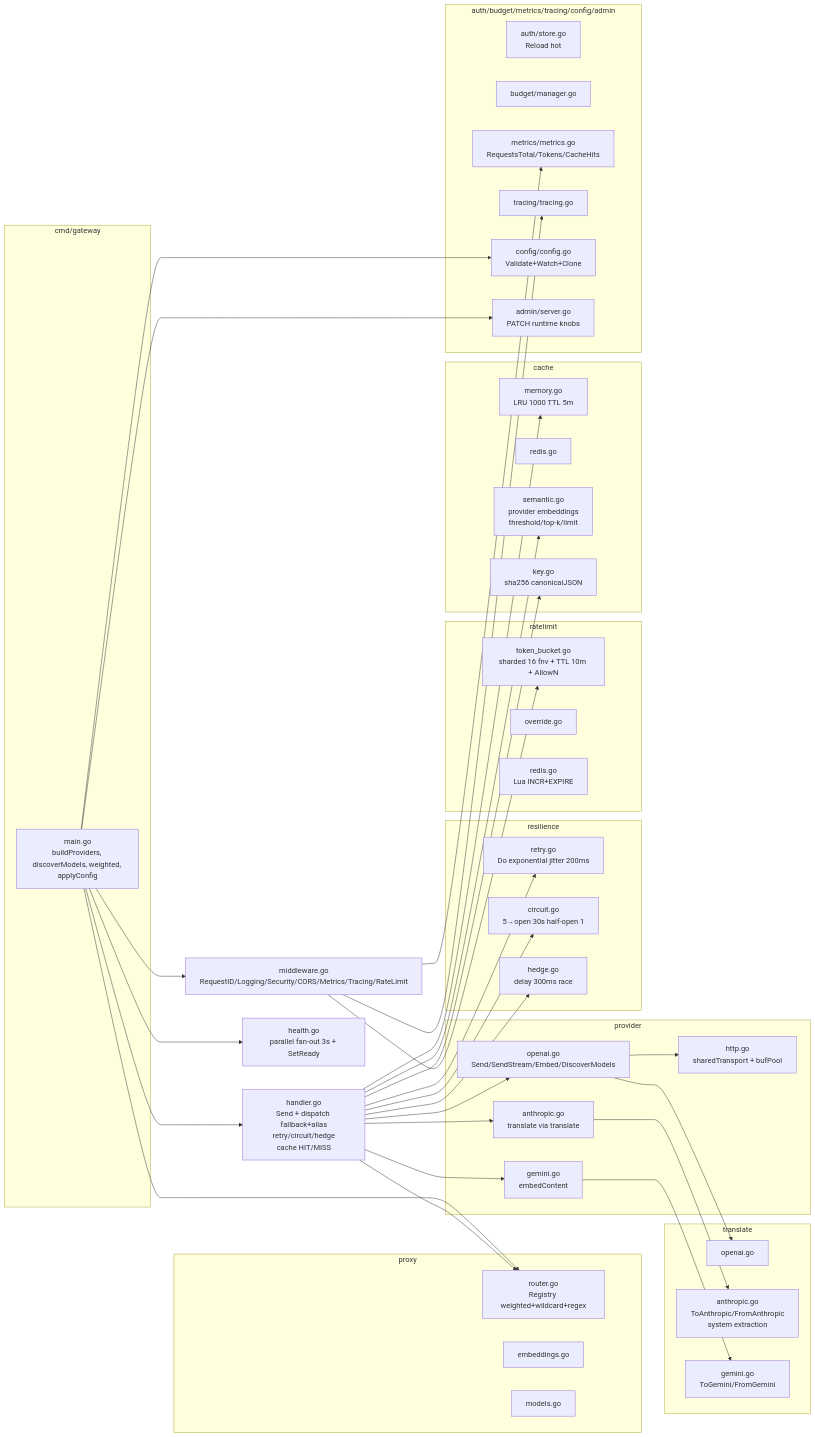
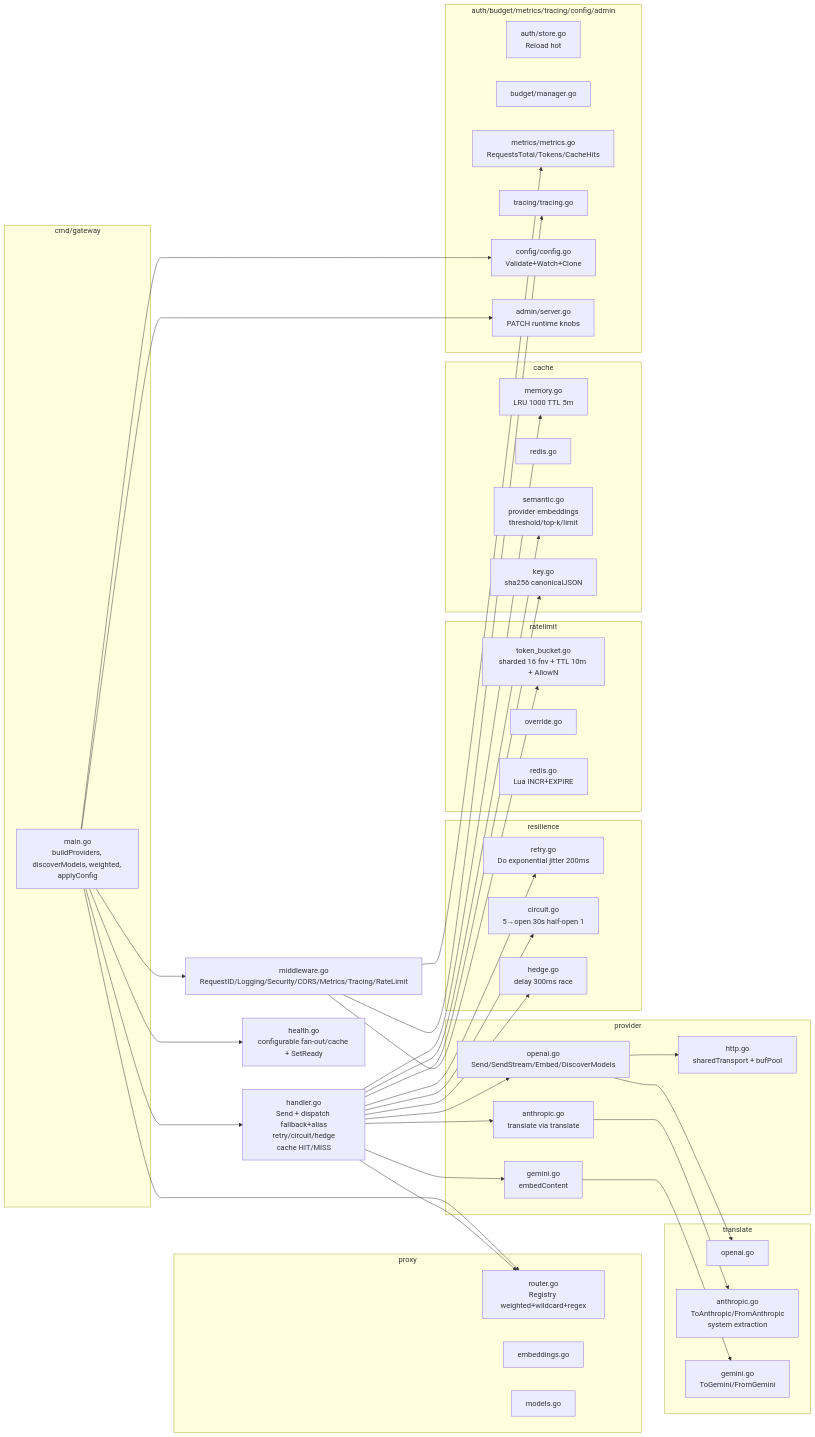
Before and after one commit to Francisco-cor/LLM-API-Gateway: the third of 4 diagrams in docs/ARCHITECTURE.md, drawn with Mermaid. The commit also changed other lines of this file and 2 other files, not shown here.

Commit message:
docs: document expanded contract and health settings

````diff
--- a/docs/ARCHITECTURE.md
+++ b/docs/ARCHITECTURE.md
@@ -76,59 +76,59 @@
 ```mermaid
 flowchart LR
     subgraph cmd/gateway
         Main[main.go<br>buildProviders, discoverModels, weighted, applyConfig]
     end
     subgraph proxy
         Handler[handler.go<br>Send + dispatch fallback+alias<br>retry/circuit/hedge<br>cache HIT/MISS]
         Router[router.go<br>Registry weighted+wildcard+regex]
         Embed[embeddings.go]
         Models[models.go]
-        Health[health.go<br>parallel fan-out 3s + SetReady]
+        Health[health.go<br>configurable fan-out/cache + SetReady]
         MW[middleware.go<br>RequestID/Logging/Security/CORS/Metrics/Tracing/RateLimit]
     end
     subgraph provider
         POpenAI[openai.go<br>Send/SendStream/Embed/DiscoverModels]
         PAnthropic[anthropic.go<br>translate via translate]
         PGemini[gemini.go<br>embedContent]
         PHTTP[http.go<br>sharedTransport + bufPool]
     end
     subgraph translate
         Topen[openai.go]
         Tanth[anthropic.go<br>ToAnthropic/FromAnthropic<br>system extraction]
         Tgem[gemini.go<br>ToGemini/FromGemini]
     end
     subgraph resilience
         Retry[retry.go<br>Do exponential jitter 200ms]
         Circuit[circuit.go<br>5→open 30s half-open 1]
         Hedge[hedge.go<br>delay 300ms race]
     end
     subgraph ratelimit
         Bucket[token_bucket.go<br>sharded 16 fnv + TTL 10m + AllowN]
         Override[override.go]
         Redis[redis.go<br>Lua INCR+EXPIRE]
     end
     subgraph cache
         Mem[memory.go<br>LRU 1000 TTL 5m]
         RCache[redis.go]
         Sem[semantic.go<br>provider embeddings<br>threshold/top-k/limit]
         Key[key.go<br>sha256 canonicalJSON]
     end
     subgraph auth/budget/metrics/tracing/config/admin
         Auth[auth/store.go<br>Reload hot]
         Budget[budget/manager.go]
         Metrics[metrics/metrics.go<br>RequestsTotal/Tokens/CacheHits]
         Tracing[tracing/tracing.go]
         Config[config/config.go<br>Validate+Watch+Clone]
         Admin[admin/server.go<br>PATCH runtime knobs]
     end
 
     Main --> Router & Handler & MW
     Handler --> Router & Retry & Circuit & Hedge
     Handler --> POpenAI & PAnthropic & PGemini
     POpenAI --> PHTTP & Topen
     PAnthropic --> Tanth
     PGemini --> Tgem
     Handler --> Mem & Key & Sem
     MW --> Bucket & Metrics & Tracing
     Main --> Config & Admin & Health
 ```
````
